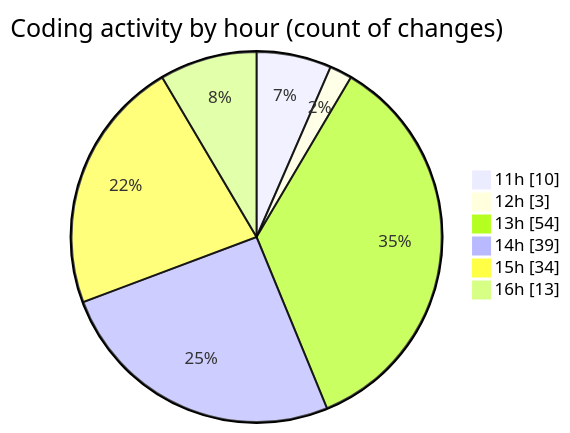
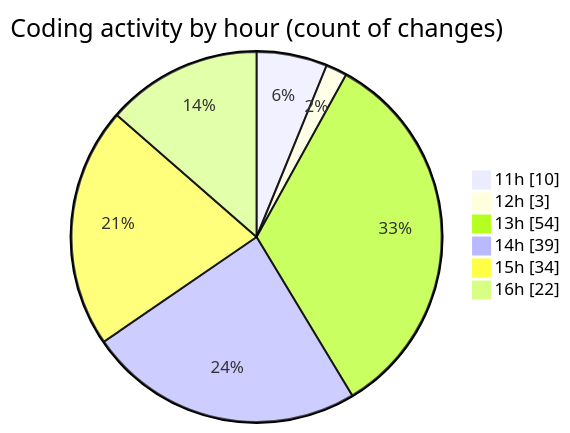
The second of 2 diagrams in 2025-02-14/cda/README.md (momahboobian/code-tracking), drawn with Mermaid before and after one commit. The commit also changed other lines of this file and 1 other file, not shown here.

````diff
--- a/2025-02-14/cda/README.md
+++ b/2025-02-14/cda/README.md
@@ -37,10 +37,10 @@
 ```mermaid
 pie showData
 title Coding activity by hour (count of changes)
 "11h" : 10
 "12h" : 3
 "13h" : 54
 "14h" : 39
 "15h" : 34
-"16h" : 13
+"16h" : 22
 ```
````
